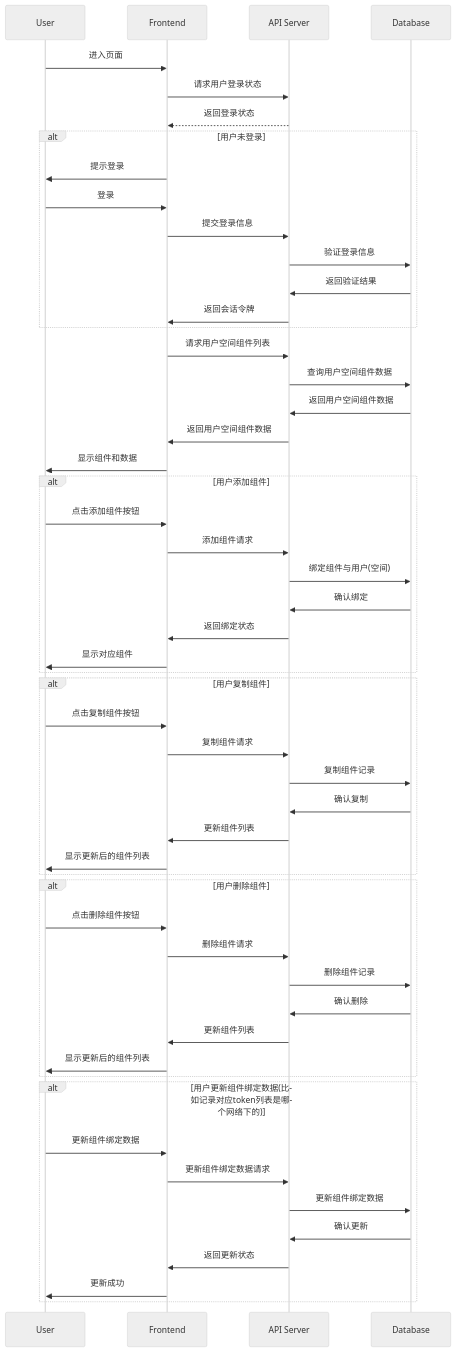
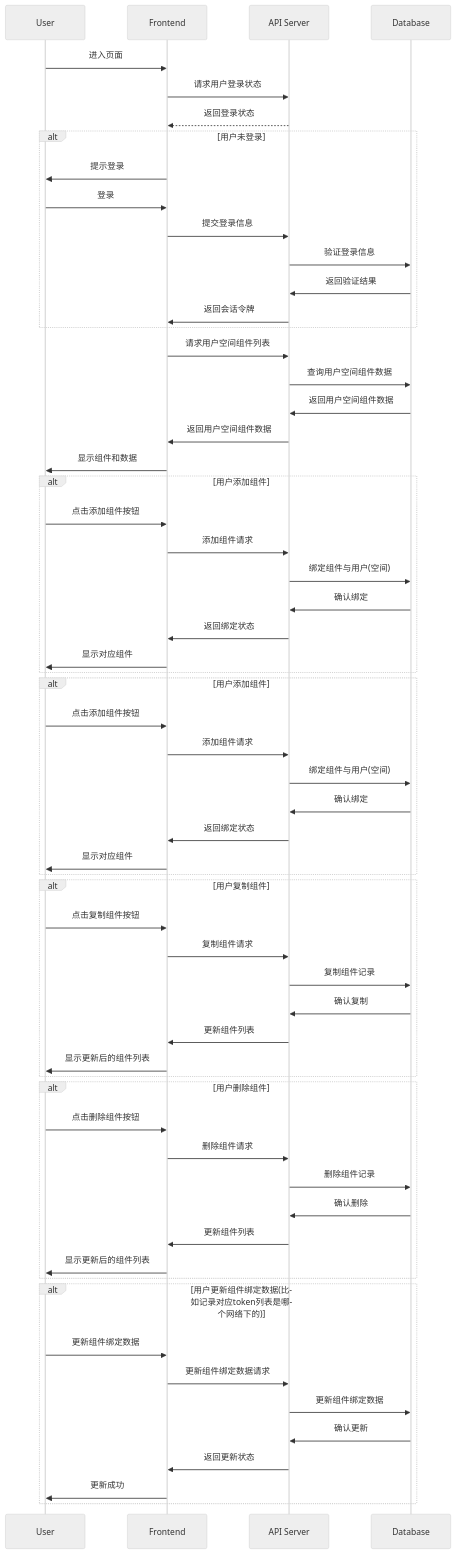
One commit to yingjianzh/iodraw-files changed the diagram in all/未命名-7.md. Above: the diagram before and after it, drawn with Mermaid (neutral theme).

Commit message:
2024-10-09 10:33:15 update

````diff
--- a/all/未命名-7.md
+++ b/all/未命名-7.md
@@ -1,62 +1,71 @@
 ```mermaid
 sequenceDiagram
     participant User
     participant Frontend
     participant API Server
     participant Database
 
     User->>Frontend: 进入页面
     Frontend->>API Server: 请求用户登录状态
     API Server-->>Frontend: 返回登录状态
     alt 用户未登录
         Frontend->>User: 提示登录
         User->>Frontend: 登录
         Frontend->>API Server: 提交登录信息
         API Server->>Database: 验证登录信息
         Database->>API Server: 返回验证结果
         API Server->>Frontend: 返回会话令牌
     end
 
     Frontend->>API Server: 请求用户空间组件列表
     API Server->>Database: 查询用户空间组件数据
     Database->>API Server: 返回用户空间组件数据
     API Server->>Frontend: 返回用户空间组件数据
     Frontend->>User: 显示组件和数据
+
+    alt 用户添加组件
+        User->>Frontend: 点击添加组件按钮
+        Frontend->>API Server: 添加组件请求
+        API Server->>Database: 绑定组件与用户(空间)
+        Database->>API Server: 确认绑定
+        API Server->>Frontend: 返回绑定状态
+        Frontend->>User: 显示对应组件
+    end
 
     alt 用户添加组件
         User->>Frontend: 点击添加组件按钮
         Frontend->>API Server: 添加组件请求
         API Server->>Database: 绑定组件与用户(空间)
         Database->>API Server: 确认绑定
         API Server->>Frontend: 返回绑定状态
         Frontend->>User: 显示对应组件
     end
 
     alt 用户复制组件
         User->>Frontend: 点击复制组件按钮
         Frontend->>API Server: 复制组件请求
         API Server->>Database: 复制组件记录
         Database->>API Server: 确认复制
         API Server->>Frontend: 更新组件列表
         Frontend->>User: 显示更新后的组件列表
     end
 
     alt 用户删除组件
         User->>Frontend: 点击删除组件按钮
         Frontend->>API Server: 删除组件请求
         API Server->>Database: 删除组件记录
         Database->>API Server: 确认删除
         API Server->>Frontend: 更新组件列表
         Frontend->>User: 显示更新后的组件列表
     end
 
     alt 用户更新组件绑定数据(比如记录对应token列表是哪个网络下的)
         User->>Frontend: 更新组件绑定数据
         Frontend->>API Server: 更新组件绑定数据请求
         API Server->>Database: 更新组件绑定数据
         Database->>API Server: 确认更新
         API Server->>Frontend: 返回更新状态
         Frontend->>User: 更新成功
     end
 
 ```
````
